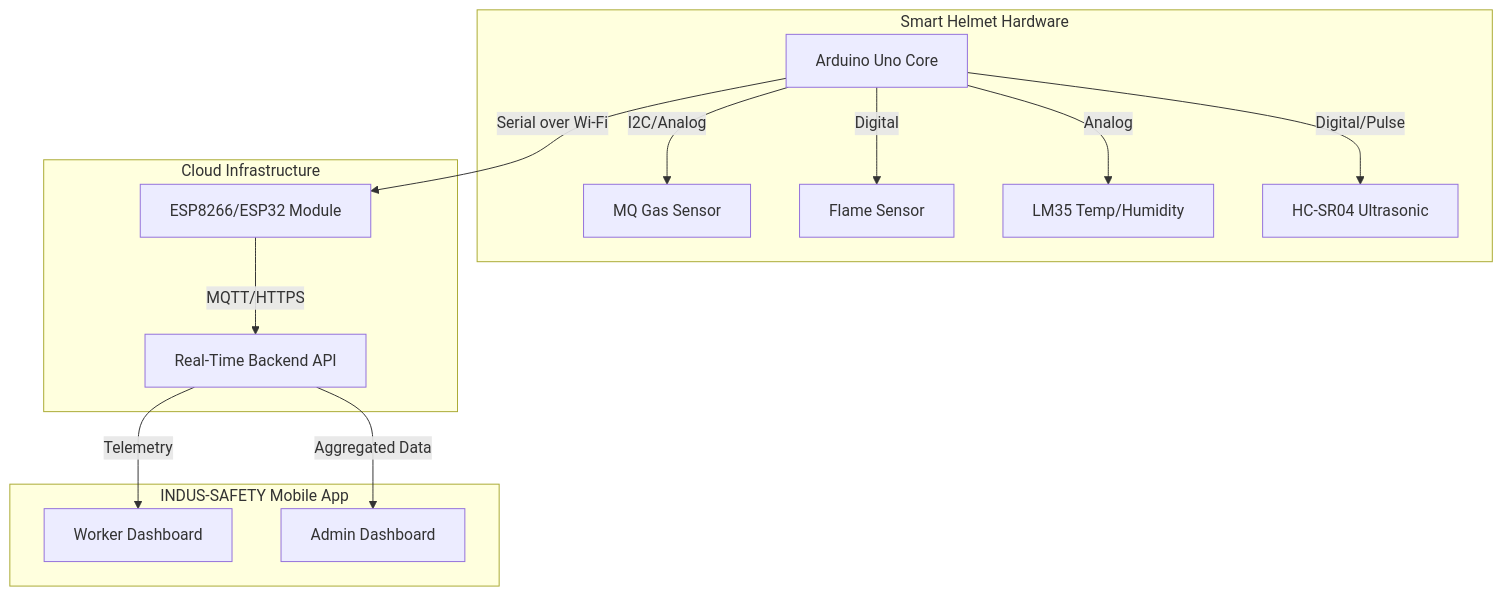
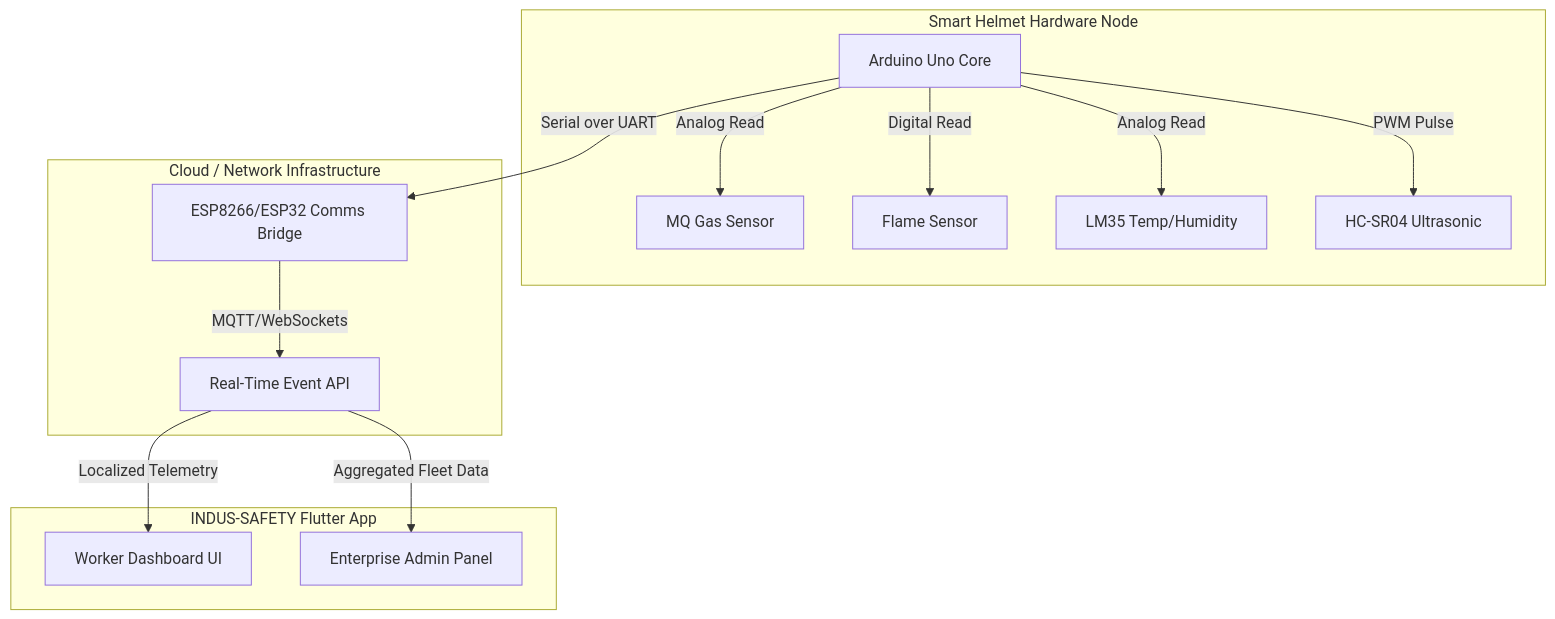
The diagram in README.md (sathishr-ai/Smart-Helmet-Industrial-Safety), drawn with Mermaid before and after one commit. The commit also changed other lines of this file, not shown here.

````diff
--- a/README.md
+++ b/README.md
@@ -61,20 +73,20 @@
 ```mermaid
 graph TD;
-    subgraph "Smart Helmet Hardware"
-        A[Arduino Uno Core] -->|I2C/Analog| B[MQ Gas Sensor];
-        A -->|Digital| C[Flame Sensor];
-        A -->|Analog| D[LM35 Temp/Humidity];
-        A -->|Digital/Pulse| E[HC-SR04 Ultrasonic];
+    subgraph "Smart Helmet Hardware Node"
+        A[Arduino Uno Core] -->|Analog Read| B[MQ Gas Sensor];
+        A -->|Digital Read| C[Flame Sensor];
+        A -->|Analog Read| D[LM35 Temp/Humidity];
+        A -->|PWM Pulse| E[HC-SR04 Ultrasonic];
     end
     
-    A -->|Serial over Wi-Fi| F[ESP8266/ESP32 Module];
+    A -->|Serial over UART| F[ESP8266/ESP32 Comms Bridge];
     
-    subgraph "Cloud Infrastructure"
-        F -->|MQTT/HTTPS| G[Real-Time Backend API];
+    subgraph "Cloud / Network Infrastructure"
+        F -->|MQTT/WebSockets| G[Real-Time Event API];
     end
     
-    subgraph "INDUS-SAFETY Mobile App"
-        G -->|Telemetry| H[Worker Dashboard];
-        G -->|Aggregated Data| I[Admin Dashboard];
+    subgraph "INDUS-SAFETY Flutter App"
+        G -->|Localized Telemetry| H[Worker Dashboard UI];
+        G -->|Aggregated Fleet Data| I[Enterprise Admin Panel];
     end
 ```
````
